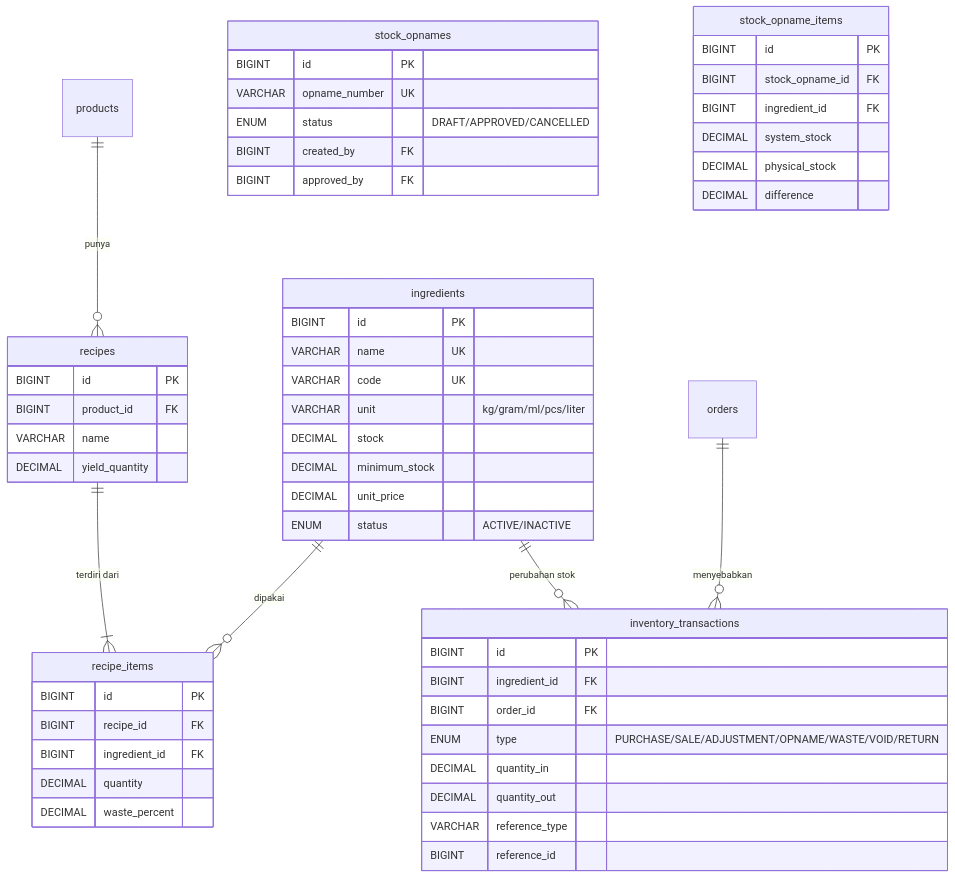
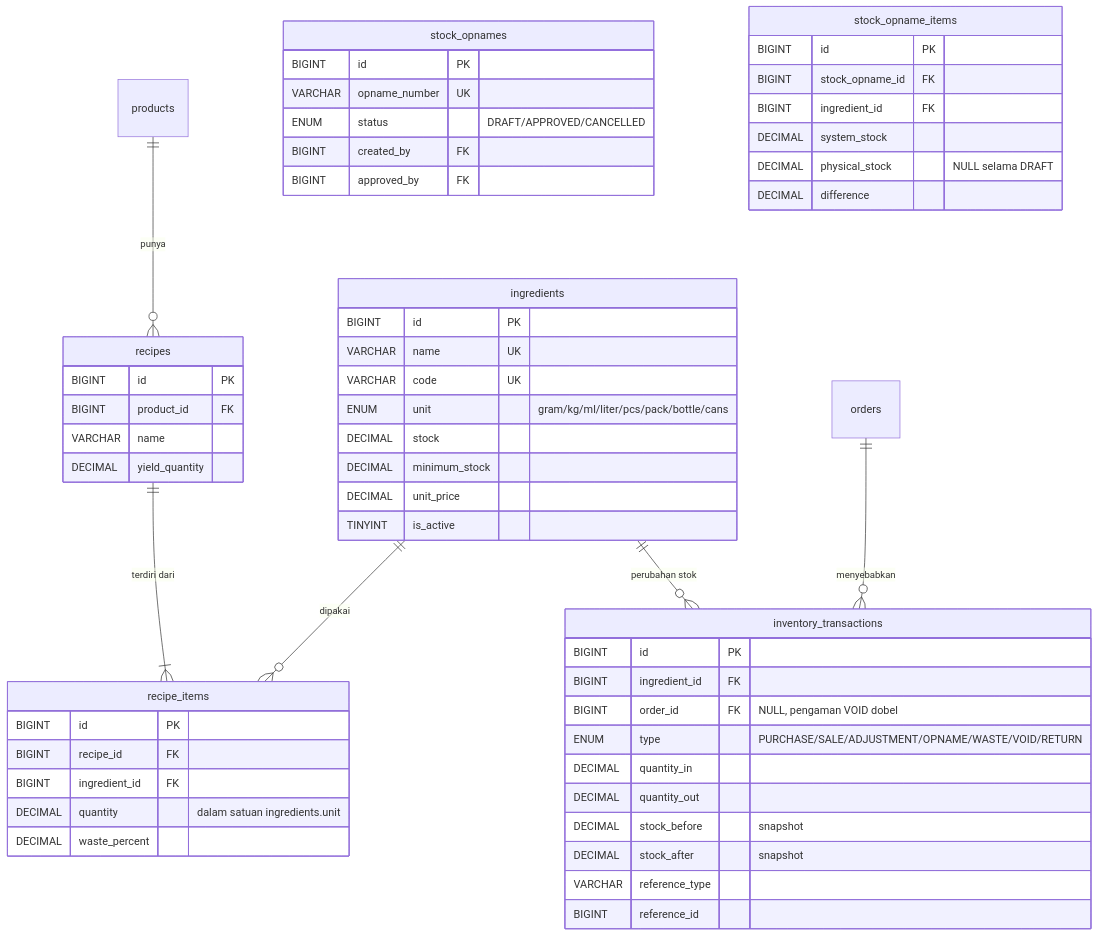
The second of 3 diagrams in docs/11-erd.md (delvierageaflorida25059-lgtm/pemogramanweb_1), drawn with Mermaid before and after one commit. The commit also changed 9 other files, not shown here.

````diff
--- a/docs/11-erd.md
+++ b/docs/11-erd.md
@@ -306,62 +306,64 @@
 ```mermaid
 erDiagram
     products ||--o{ recipes : "punya"
     recipes ||--|{ recipe_items : "terdiri dari"
     ingredients ||--o{ recipe_items : "dipakai"
     ingredients ||--o{ inventory_transactions : "perubahan stok"
     orders ||--o{ inventory_transactions : "menyebabkan"
 
     ingredients {
         BIGINT id PK
         VARCHAR name UK
         VARCHAR code UK
-        VARCHAR unit "kg/gram/ml/pcs/liter"
+        ENUM unit "gram/kg/ml/liter/pcs/pack/bottle/cans"
         DECIMAL stock
         DECIMAL minimum_stock
         DECIMAL unit_price
-        ENUM status "ACTIVE/INACTIVE"
+        TINYINT is_active
     }
 
     recipes {
         BIGINT id PK
         BIGINT product_id FK
         VARCHAR name
         DECIMAL yield_quantity
     }
 
     recipe_items {
         BIGINT id PK
         BIGINT recipe_id FK
         BIGINT ingredient_id FK
-        DECIMAL quantity
+        DECIMAL quantity "dalam satuan ingredients.unit"
         DECIMAL waste_percent
     }
 
     inventory_transactions {
         BIGINT id PK
         BIGINT ingredient_id FK
-        BIGINT order_id FK
+        BIGINT order_id FK "NULL, pengaman VOID dobel"
         ENUM type "PURCHASE/SALE/ADJUSTMENT/OPNAME/WASTE/VOID/RETURN"
         DECIMAL quantity_in
         DECIMAL quantity_out
+        DECIMAL stock_before "snapshot"
+        DECIMAL stock_after "snapshot"
         VARCHAR reference_type
         BIGINT reference_id
     }
 
     stock_opnames {
         BIGINT id PK
         VARCHAR opname_number UK
         ENUM status "DRAFT/APPROVED/CANCELLED"
         BIGINT created_by FK
         BIGINT approved_by FK
     }
 
     stock_opname_items {
         BIGINT id PK
         BIGINT stock_opname_id FK
         BIGINT ingredient_id FK
         DECIMAL system_stock
-        DECIMAL physical_stock
+        DECIMAL physical_stock "NULL selama DRAFT"
         DECIMAL difference
     }
 ```
````
